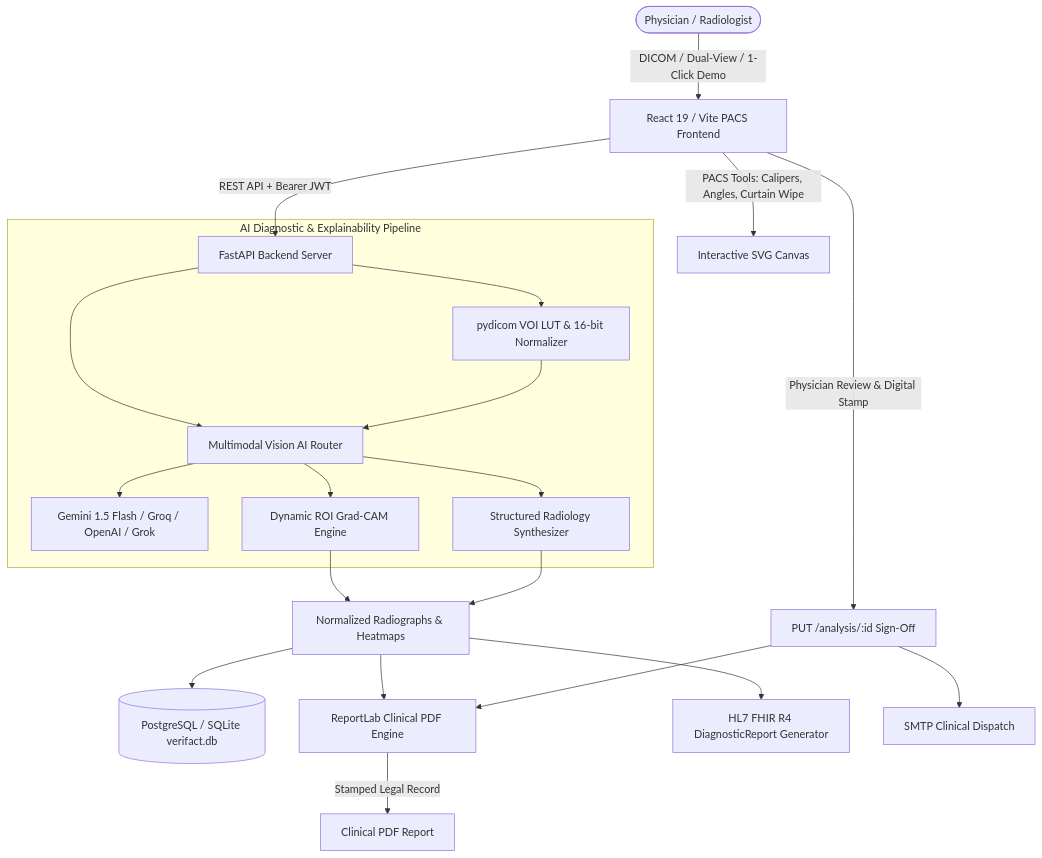
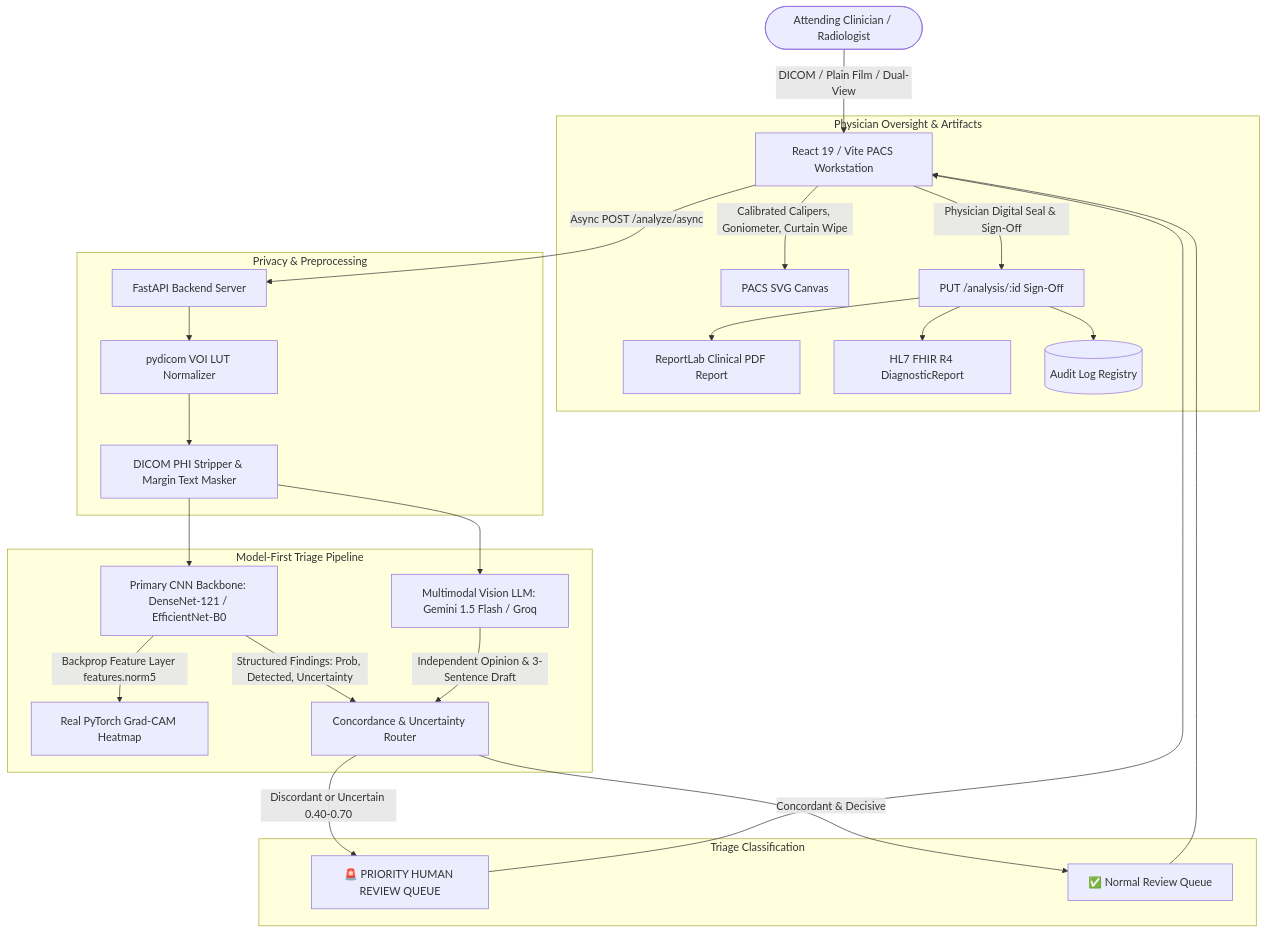
The diagram in README.md (cryptobitter/Verifact), drawn with Mermaid before and after one commit. The commit also changed other lines of this file and 70 other files, not shown here.

Commit message:
feat: complete Verifact triage pipeline transformation, connected workflow, and whitepaper

````diff
--- a/README.md
+++ b/README.md
@@ -34,27 +31,34 @@
 ```mermaid
 flowchart TD
-    User([Physician / Radiologist]) -->|DICOM / Dual-View / 1-Click Demo| FE[React 19 / Vite PACS Frontend]
-    FE -->|REST API + Bearer JWT| BE[FastAPI Backend Server]
+    User([Attending Clinician / Radiologist]) -->|DICOM / Plain Film / Dual-View| FE[React 19 / Vite PACS Workstation]
+    FE -->|Async POST /analyze/async| BE[FastAPI Backend Server]
     
-    subgraph AI Diagnostic & Explainability Pipeline
-        BE --> DICOM[pydicom VOI LUT & 16-bit Normalizer]
-        BE --> ML[Multimodal Vision AI Router]
-        ML --> VisionEngines[Gemini 1.5 Flash / Groq / OpenAI / Grok]
-        ML --> GradCAM[Dynamic ROI Grad-CAM Engine]
-        ML --> Synthesizer[Structured Radiology Synthesizer]
+    subgraph Privacy & Preprocessing
+        BE --> DICOM[pydicom VOI LUT Normalizer]
+        DICOM --> DeID[DICOM PHI Stripper & Margin Text Masker]
     end
     
-    DICOM --> ML
-    GradCAM --> Artifacts[Normalized Radiographs & Heatmaps]
-    Synthesizer --> Artifacts
+    subgraph Model-First Triage Pipeline
+        DeID --> CNN[Primary CNN Backbone: DenseNet-121 / EfficientNet-B0]
+        CNN -->|Backprop Feature Layer features.norm5| RealGradCAM[Real PyTorch Grad-CAM Heatmap]
+        CNN -->|Structured Findings: Prob, Detected, Uncertainty| Router[Concordance & Uncertainty Router]
+        
+        DeID --> LLM[Multimodal Vision LLM: Gemini 1.5 Flash / Groq]
+        LLM -->|Independent Opinion & 3-Sentence Draft| Router
+    end
     
-    Artifacts --> DB[(PostgreSQL / SQLite verifact.db)]
-    Artifacts --> PDFEngine[ReportLab Clinical PDF Engine]
-    Artifacts --> FHIREngine[HL7 FHIR R4 DiagnosticReport Generator]
+    subgraph Triage Classification
+        Router -->|Discordant or Uncertain 0.40-0.70| PriorityQ[🚨 PRIORITY HUMAN REVIEW QUEUE]
+        Router -->|Concordant & Decisive| NormalQ[✅ Normal Review Queue]
+    end
     
-    FE -->|PACS Tools: Calipers, Angles, Curtain Wipe| PACS[Interactive SVG Canvas]
-    FE -->|Physician Review & Digital Stamp| SignOff[PUT /analysis/:id Sign-Off]
-    SignOff --> PDFEngine
-    SignOff --> EmailService[SMTP Clinical Dispatch]
-    PDFEngine -->|Stamped Legal Record| Download[Clinical PDF Report]
+    subgraph Physician Oversight & Artifacts
+        PriorityQ --> FE
+        NormalQ --> FE
+        FE -->|Calibrated Calipers, Goniometer, Curtain Wipe| PACS[PACS SVG Canvas]
+        FE -->|Physician Digital Seal & Sign-Off| SignOff[PUT /analysis/:id Sign-Off]
+        SignOff --> PDFEngine[ReportLab Clinical PDF Report]
+        SignOff --> FHIREngine[HL7 FHIR R4 DiagnosticReport]
+        SignOff --> AuditLog[(Audit Log Registry)]
+    end
 ```
````
